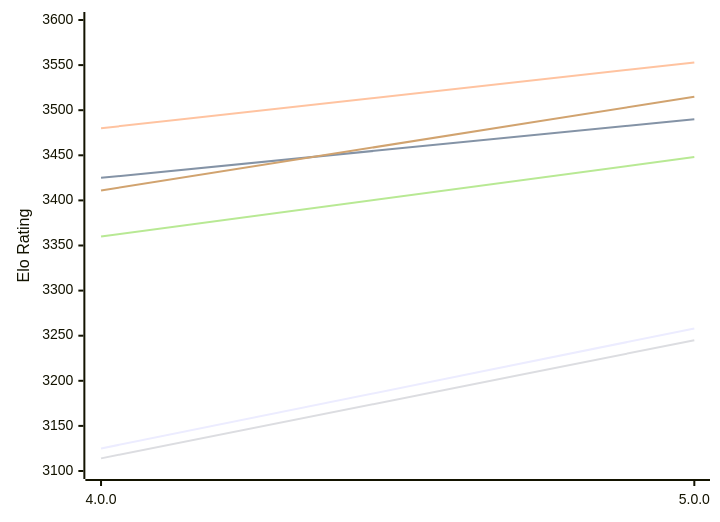
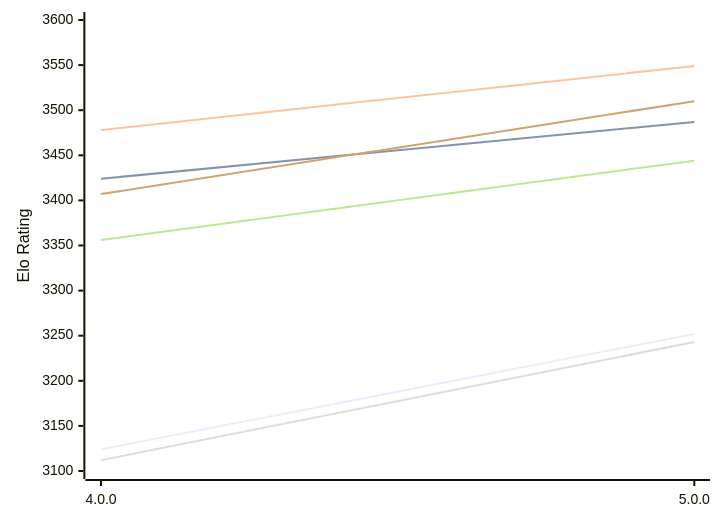
The first of 2 diagrams in engines/Avalanche.md (computer-chess-index/cci), drawn with Mermaid before and after one commit. The commit also changed other lines of this file, not shown here.

Commit message:
Update CCI Ratings (ELO VLTC) - 2026-11-19

````diff
--- a/engines/Avalanche.md
+++ b/engines/Avalanche.md
@@ -50,12 +50,12 @@
 ```mermaid
 %%{init: {"theme":"base","themeVariables":{"seriesColors:['#a3a3a3','#222221','#faa371']}}}%%
 xychart-beta
   x-axis ["4.0.0", "5.0.0"]
   y-axis "Elo Rating" 3100 --> 3600
-  line "E1: STC (8.0+0.08s)" [3125, 3258]
-  line "E1: LTC (60.0+0.60s)" [3425, 3490]
-  line "E1: VLTC (2m24s+1.12s)" [3480, 3553]
-  line "P1: STC (8.0+0.08s)" [3114, 3245]
-  line "P1: LTC (60.0+0.60s)" [3360, 3448]
-  line "P1: VLTC (2m24s+1.12s)" [3411, 3515]
+  line "E1: STC (8.0+0.08s)" [3124, 3252]
+  line "E1: LTC (60.0+0.60s)" [3424, 3487]
+  line "E1: VLTC (2m24s+1.12s)" [3478, 3549]
+  line "P1: STC (8.0+0.08s)" [3112, 3243]
+  line "P1: LTC (60.0+0.60s)" [3356, 3444]
+  line "P1: VLTC (2m24s+1.12s)" [3407, 3510]
 ```
````
